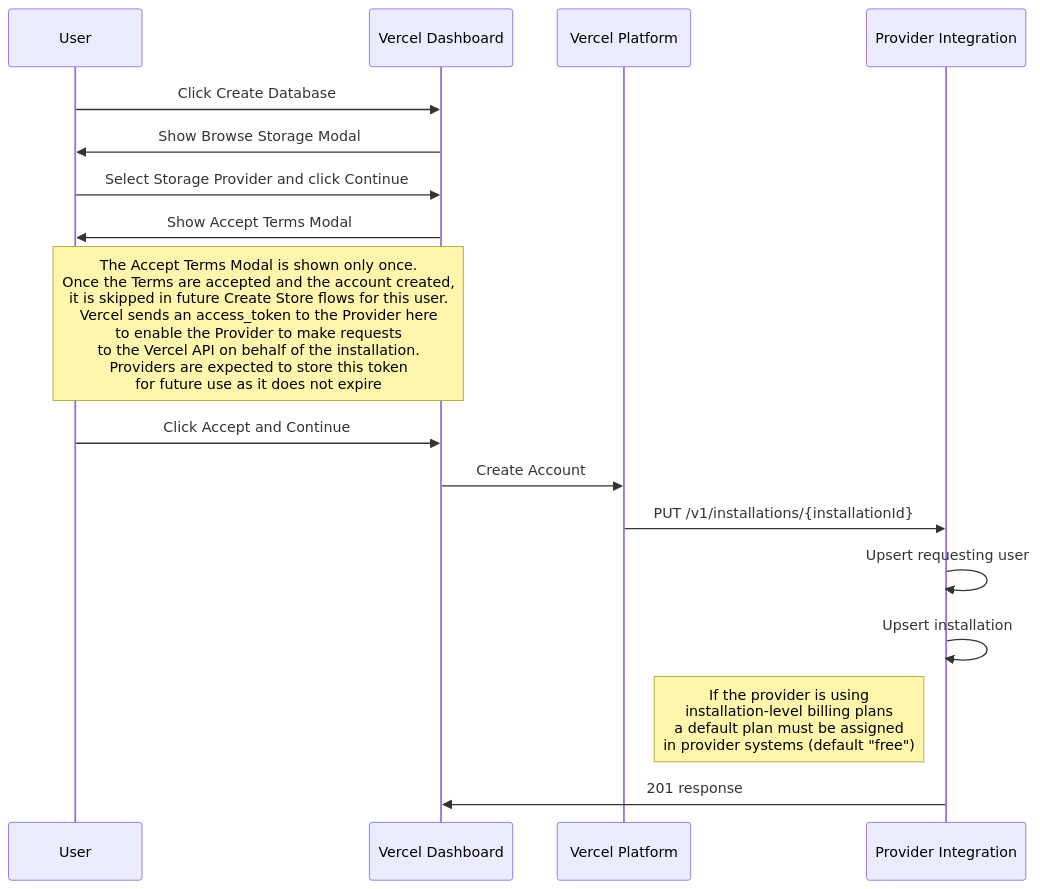
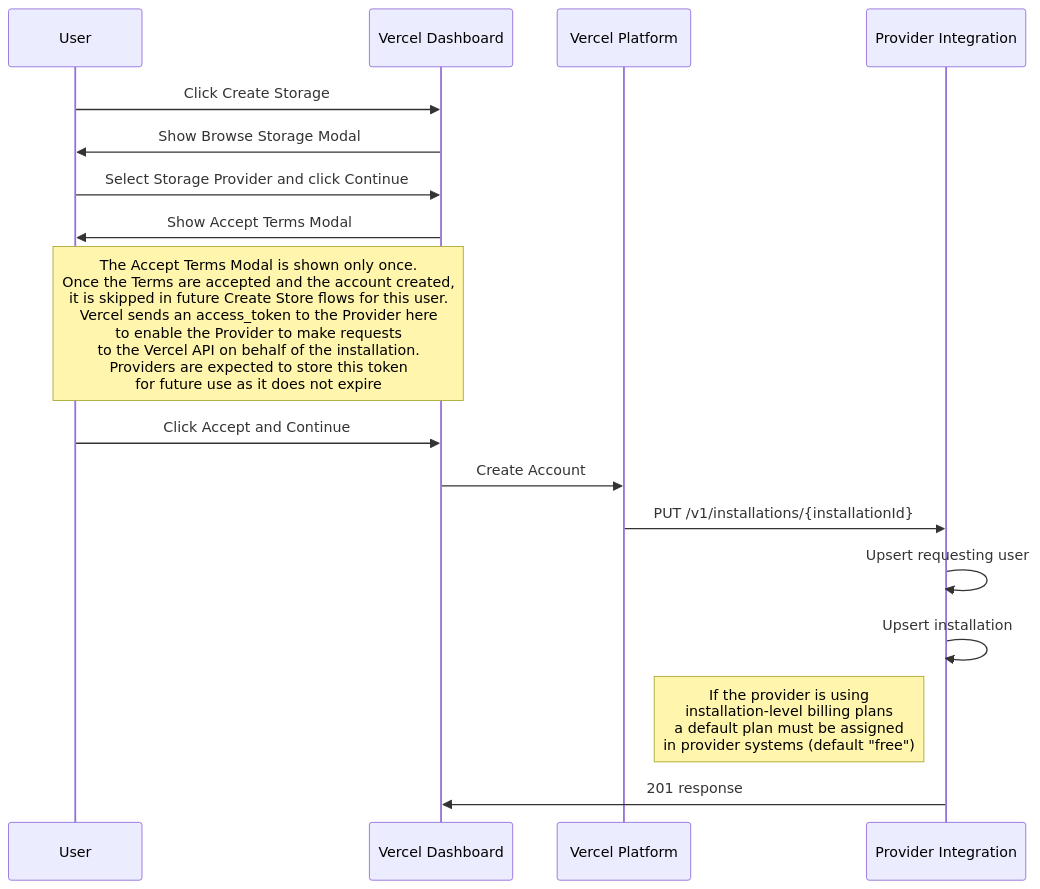
Before and after one commit to joeblackwaslike/agent-skills: the second of 14 diagrams in skills/working-with-vercel/references/docs__integrations__create-integration__marketplace-flows.md, drawn with Mermaid. The commit also changed other lines of this file and 800 other files, not shown here.

````diff
--- a/skills/working-with-vercel/references/docs__integrations__create-integration__marketplace-flows.md
+++ b/skills/working-with-vercel/references/docs__integrations__create-integration__marketplace-flows.md
@@ -91,19 +91,19 @@
 ```mermaid
 sequenceDiagram
     participant User
     participant Vercel Dashboard
     participant Vercel Platform
     participant Provider Integration
-    User->>Vercel Dashboard: Click Create Database
+    User->>Vercel Dashboard: Click Create Storage
     Vercel Dashboard->>User: Show Browse Storage Modal
     User->>Vercel Dashboard: Select Storage Provider and click Continue
     Vercel Dashboard->>User: Show Accept Terms Modal
     Note over User,Vercel Dashboard: The Accept Terms Modal is shown only once. <br>Once the Terms are accepted and the account created,<br>it is skipped in future Create Store flows for this user.<br>Vercel sends an access_token to the Provider here<br>to enable the Provider to make requests<br> to the Vercel API on behalf of the installation.<br>Providers are expected to store this token<br> for future use as it does not expire
     User->>Vercel Dashboard: Click Accept and Continue
     Vercel Dashboard->>Vercel Platform: Create Account
     Vercel Platform->>Provider Integration: PUT /v1/installations/{installationId}
     Provider Integration->>Provider Integration: Upsert requesting user
     Provider Integration->>Provider Integration: Upsert installation
     Note left of Provider Integration: If the provider is using<br>installation-level billing plans<br> a default plan must be assigned<br>in provider systems (default "free")
     Provider Integration->>Vercel Dashboard: 201 response
 ```
````
